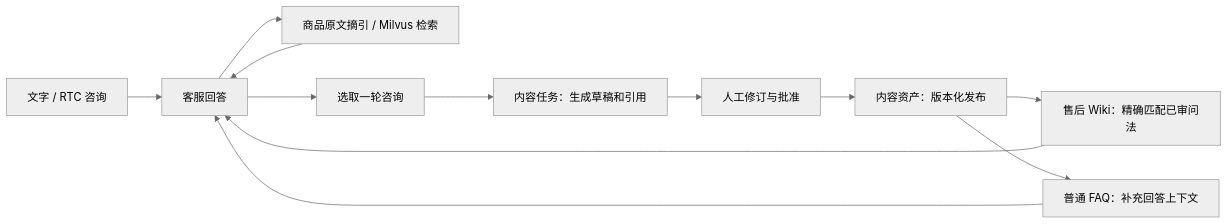
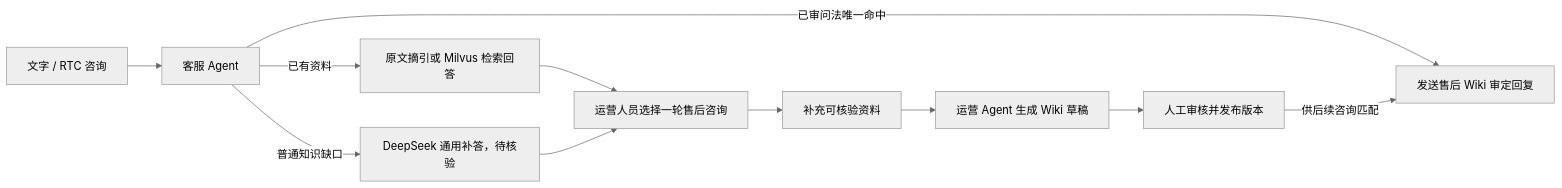
Before and after one commit to Drong-Yang/multi-agent-ops-platform: the first of 2 diagrams in README.md, drawn with Mermaid (neutral theme). The commit also changed other lines of this file and 34 other files, not shown here.

Commit message:
Add DeepSeek support and reviewed Wiki workflow

````diff
--- a/README.md
+++ b/README.md
@@ -56,14 +64,13 @@
 ```mermaid
 flowchart LR
-    A["文字 / RTC 咨询"] --> B["客服回答"]
-    B --> C["商品原文摘引 / Milvus 检索"]
-    C --> B
-    B --> D["选取一轮咨询"]
-    D --> E["内容任务：生成草稿和引用"]
-    E --> F["人工修订与批准"]
-    F --> G["内容资产：版本化发布"]
-    G --> H["售后 Wiki：精确匹配已审问法"]
-    H --> B
-    G --> I["普通 FAQ：补充回答上下文"]
-    I --> B
+    A["文字 / RTC 咨询"] --> B["客服 Agent"]
+    B -->|已有资料| C["原文摘引或 Milvus 检索回答"]
+    B -->|普通知识缺口| J["DeepSeek 通用补答，待核验"]
+    C --> D["运营人员选择一轮售后咨询"]
+    J --> D
+    D --> E["补充可核验资料"]
+    E --> F["运营 Agent 生成 Wiki 草稿"]
+    F --> G["人工审核并发布版本"]
+    B -->|已审问法唯一命中| H["发送售后 Wiki 审定回复"]
+    G -->|供后续咨询匹配| H
 ```
````
